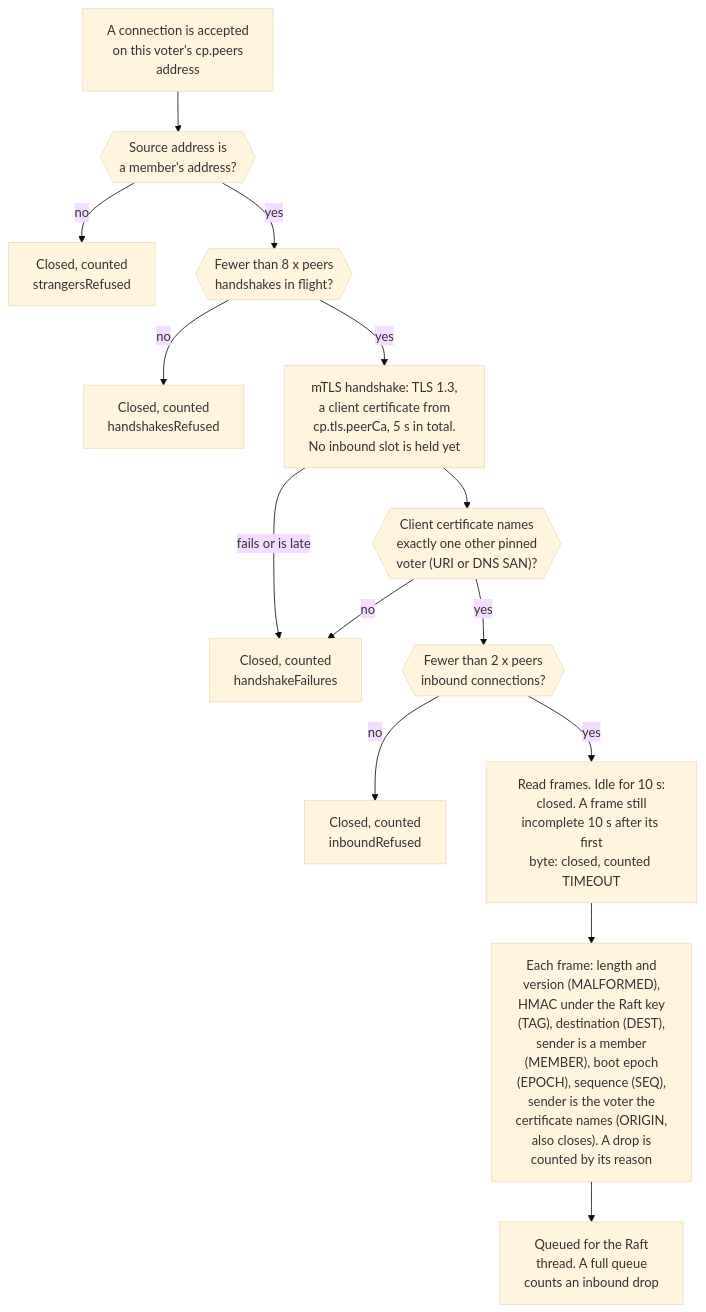
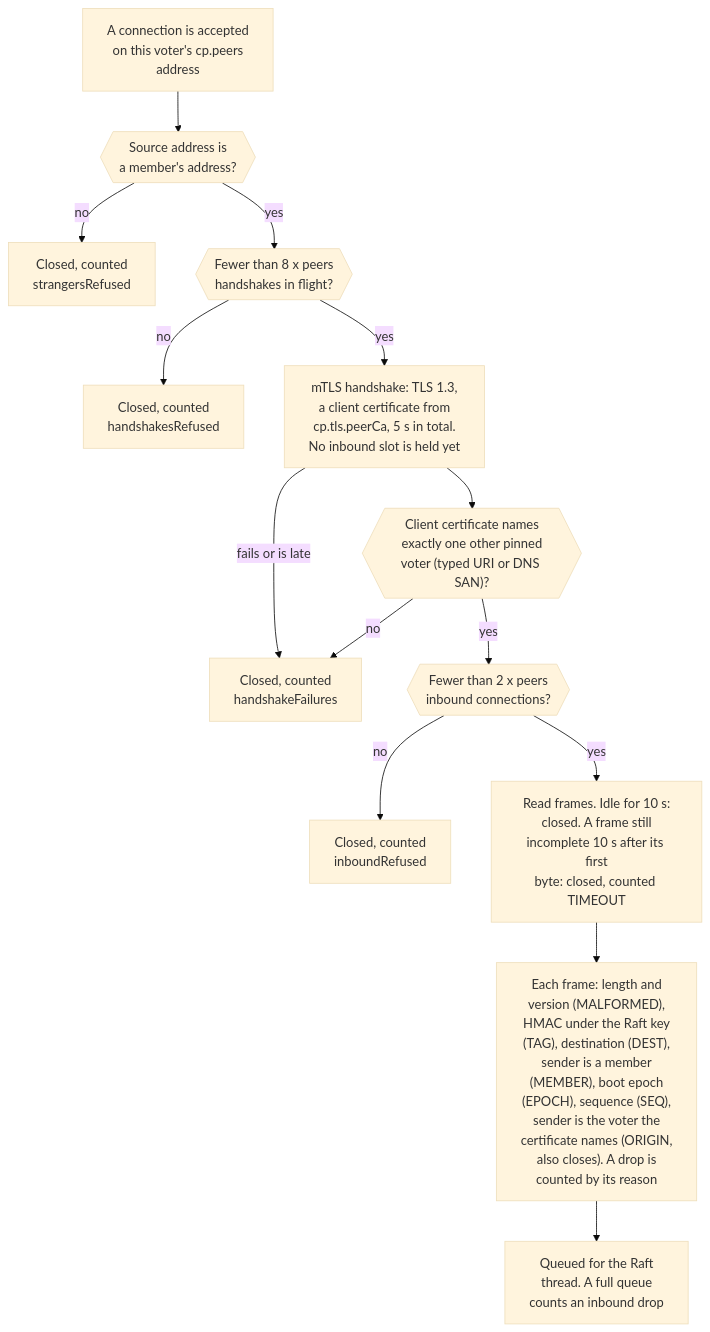
One commit to BlivionIaG/sjws_nettask changed the fourth of 4 diagrams in docs/design/control-plane-hosting.md. Above: the diagram before and after it, drawn with Mermaid (base theme). The commit also changed other lines of this file and 6 other files, not shown here.

First line of the commit message:
CP: typed cp.peers san pins (uri:/dns:); refuse duplicate addresses; warn on unused sans (#175)

````diff
--- a/docs/design/control-plane-hosting.md
+++ b/docs/design/control-plane-hosting.md
@@ -292,16 +294,16 @@
 ```mermaid
 flowchart TD
     a["A connection is accepted<br/>on this voter's cp.peers<br/>address"] --> s1{{"Source address is<br/>a member's address?"}}
     s1 -->|no| r1["Closed, counted<br/>strangersRefused"]
     s1 -->|yes| s2{{"Fewer than 8 x peers<br/>handshakes in flight?"}}
     s2 -->|no| r2["Closed, counted<br/>handshakesRefused"]
     s2 -->|yes| s3["mTLS handshake: TLS 1.3,<br/>a client certificate from<br/>cp.tls.peerCa, 5 s in total.<br/>No inbound slot is held yet"]
     s3 -->|"fails or is late"| r3["Closed, counted<br/>handshakeFailures"]
-    s3 --> sp{{"Client certificate names<br/>exactly one other pinned<br/>voter (URI or DNS SAN)?"}}
+    s3 --> sp{{"Client certificate names<br/>exactly one other pinned<br/>voter (typed URI or DNS SAN)?"}}
     sp -->|no| r3
     sp -->|yes| s4{{"Fewer than 2 x peers<br/>inbound connections?"}}
     s4 -->|no| r4["Closed, counted<br/>inboundRefused"]
     s4 -->|yes| s5["Read frames. Idle for 10 s:<br/>closed. A frame still<br/>incomplete 10 s after its first<br/>byte: closed, counted TIMEOUT"]
     s5 --> s6["Each frame: length and<br/>version (MALFORMED),<br/>HMAC under the Raft key<br/>(TAG), destination (DEST),<br/>sender is a member<br/>(MEMBER), boot epoch<br/>(EPOCH), sequence (SEQ),<br/>sender is the voter the<br/>certificate names (ORIGIN,<br/>also closes). A drop is<br/>counted by its reason"]
     s6 --> s7["Queued for the Raft<br/>thread. A full queue<br/>counts an inbound drop"]
 ```
````
